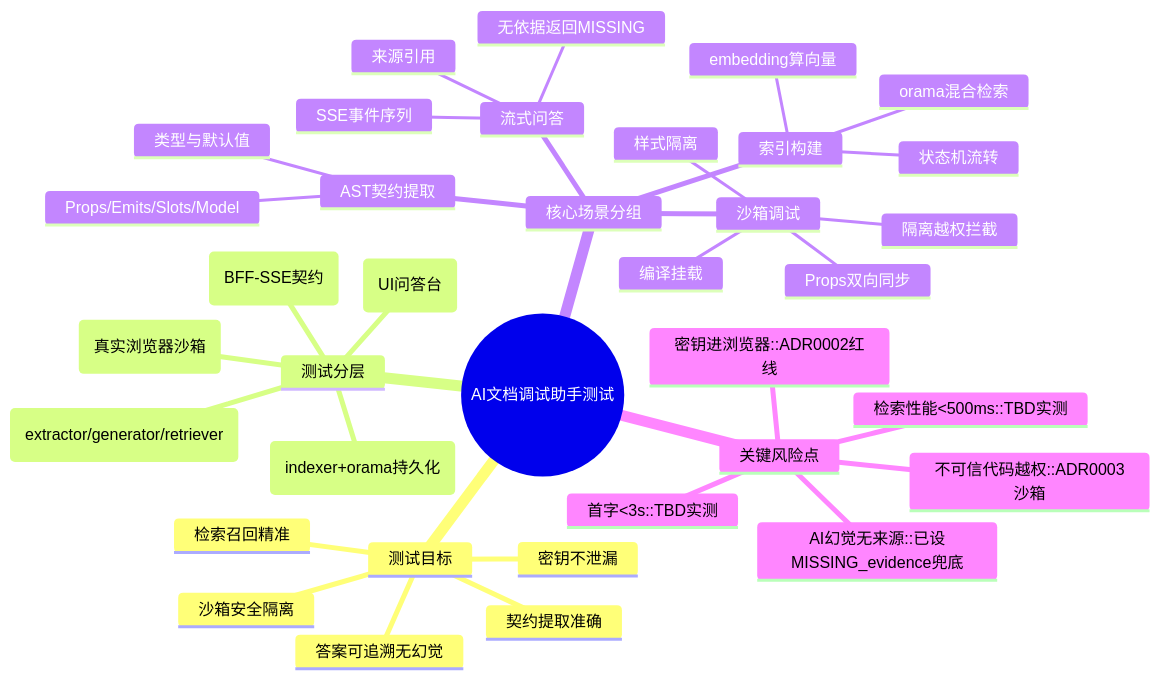
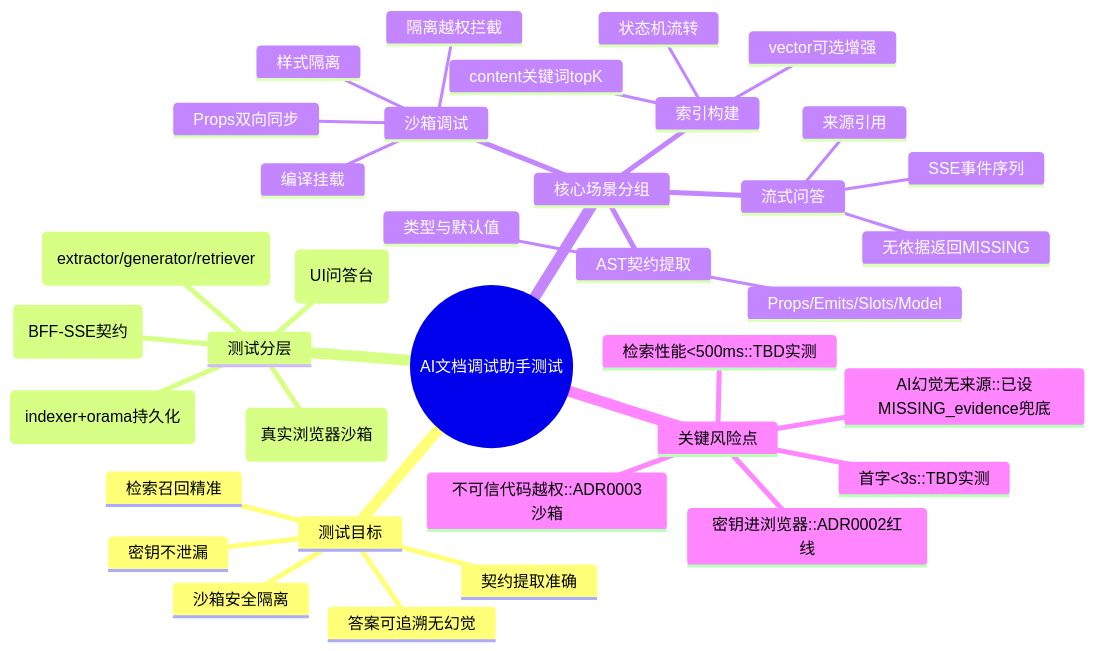
Before and after one commit to moluoxixi/vue-components: the diagram in docs/test/组件AI文档与调试助手.md, drawn with Mermaid. The commit also changed other lines of this file and 39 other files, not shown here.

````diff
--- a/docs/test/组件AI文档与调试助手.md
+++ b/docs/test/组件AI文档与调试助手.md
@@ -7,39 +7,39 @@
 ```mermaid
 mindmap
   root((AI文档调试助手测试))
     测试目标
       契约提取准确
       检索召回精准
       答案可追溯无幻觉
       沙箱安全隔离
       密钥不泄漏
     测试分层
       单元(extractor/generator/retriever)
       集成(indexer+orama持久化)
       接口(BFF-SSE契约)
       组件(UI问答台)
       E2E(真实浏览器沙箱)
     核心场景分组
       AST契约提取
         Props/Emits/Slots/Model
         类型与默认值
       索引构建
-        embedding算向量
-        orama混合检索
+        content关键词topK
+        vector可选增强
         状态机流转
       流式问答
         SSE事件序列
         来源引用
         无依据返回MISSING
       沙箱调试
         编译挂载
         Props双向同步
         隔离越权拦截
         样式隔离
     关键风险点
       AI幻觉无来源::已设MISSING_evidence兜底
       密钥进浏览器::ADR0002红线
       不可信代码越权::ADR0003沙箱
       检索性能<500ms::TBD实测
       首字<3s::TBD实测
 ```
````
